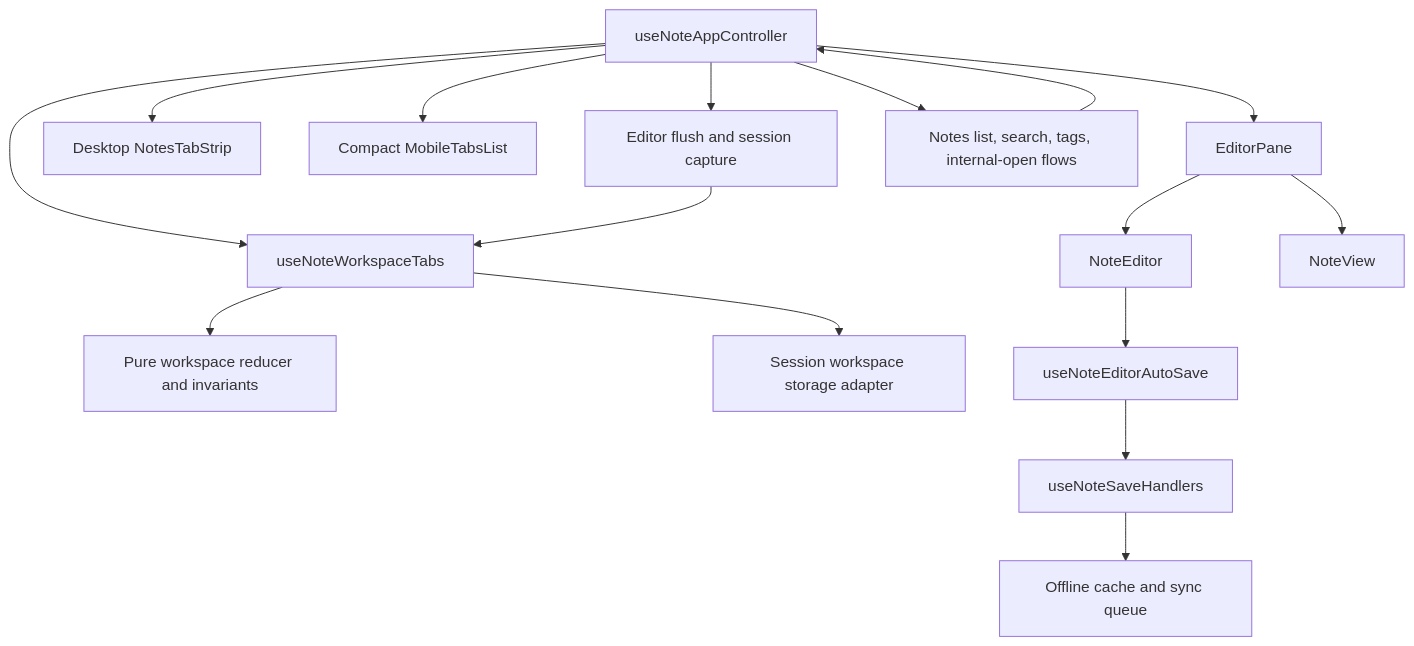
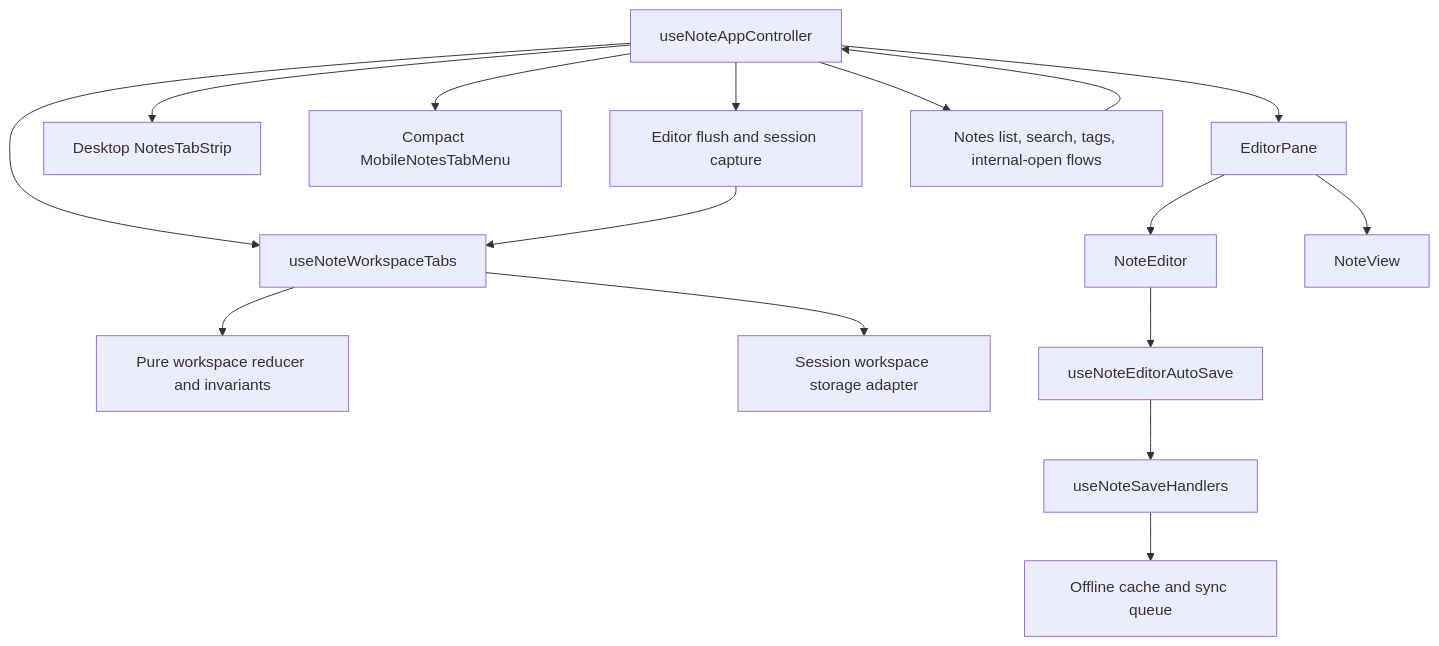
The diagram in docs/ai/design/2026-08-01-feature-notes-tabs.md (koreyba/EverFreeNote), drawn with Mermaid before and after one commit. The commit also changed other lines of this file and 15 other files, not shown here.

Commit message:
fix(notes): complete mobile workspace tab flow

````diff
--- a/docs/ai/design/2026-08-01-feature-notes-tabs.md
+++ b/docs/ai/design/2026-08-01-feature-notes-tabs.md
@@ -11,18 +11,18 @@
 ```mermaid
 graph TD
   Controller[useNoteAppController] --> Workspace[useNoteWorkspaceTabs]
   Workspace --> Reducer[Pure workspace reducer and invariants]
   Workspace --> Storage[Session workspace storage adapter]
   Controller --> Flush[Editor flush and session capture]
   Flush --> Workspace
   Controller --> TabStrip[Desktop NotesTabStrip]
-  Controller --> MobileTabs[Compact MobileTabsList]
+  Controller --> MobileTabs[Compact MobileNotesTabMenu]
   Controller --> EditorPane[EditorPane]
   EditorPane --> NoteEditor[NoteEditor]
   EditorPane --> NoteView[NoteView]
   NoteEditor --> Autosave[useNoteEditorAutoSave]
   Autosave --> SaveHandlers[useNoteSaveHandlers]
   SaveHandlers --> Offline[Offline cache and sync queue]
   Controller --> Selection[Notes list, search, tags, internal-open flows]
   Selection --> Controller
 ```
````
